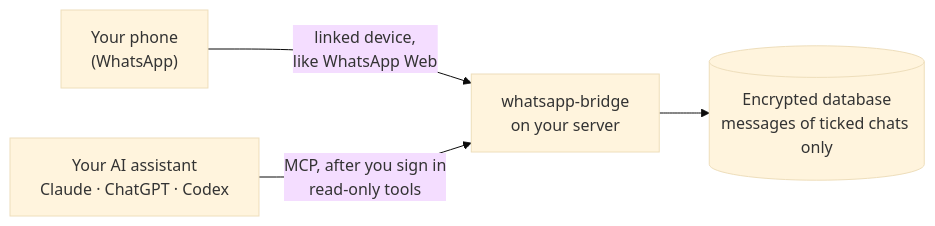
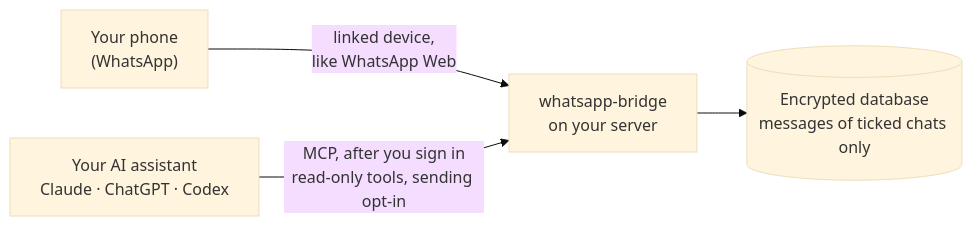
Before and after one commit to vid-t/whatsapp-bridge: the diagram in README.md, drawn with Mermaid (base theme). The commit also changed other lines of this file and 35 other files, not shown here.

````diff
--- a/README.md
+++ b/README.md
@@ -17,6 +17,6 @@
 ```mermaid
 flowchart LR
     phone["Your phone<br/>(WhatsApp)"] -- "linked device,<br/>like WhatsApp Web" --> bridge["whatsapp-bridge<br/>on your server"]
     bridge --> db[("Encrypted database<br/>messages of ticked chats only")]
-    ai["Your AI assistant<br/>Claude · ChatGPT · Codex"] -- "MCP, after you sign in<br/>read-only tools" --> bridge
+    ai["Your AI assistant<br/>Claude · ChatGPT · Codex"] -- "MCP, after you sign in<br/>read-only tools, sending opt-in" --> bridge
 ```
````
